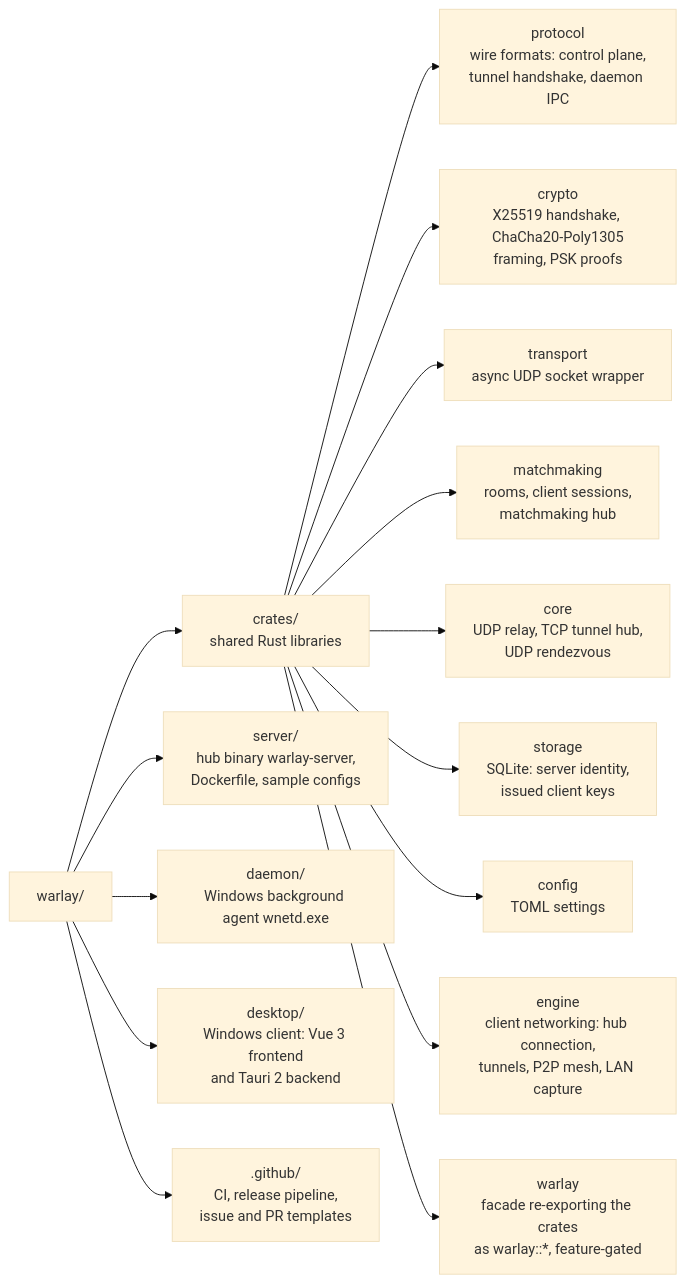
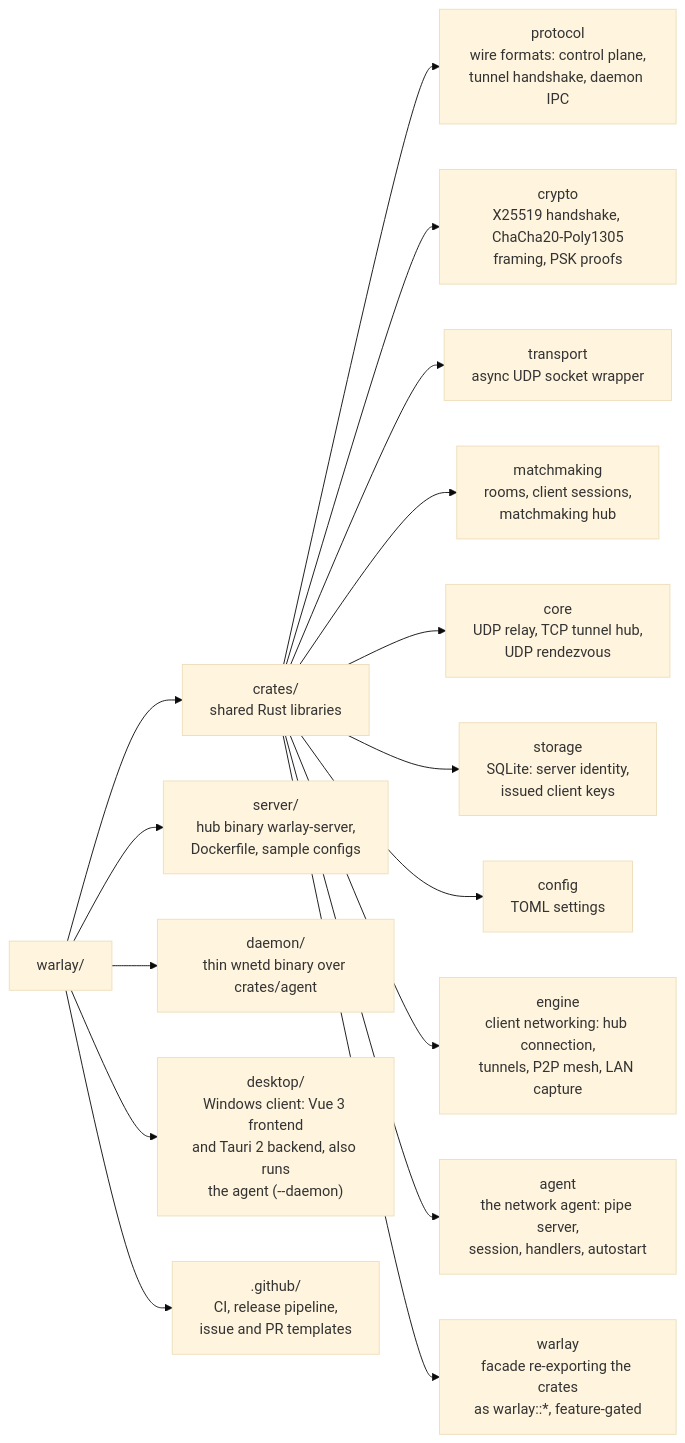
The second of 4 diagrams in README.md (jhonsferg/warlay), drawn with Mermaid (base theme) before and after one commit. The commit also changed other lines of this file and 11 other files, not shown here.

````diff
--- a/README.md
+++ b/README.md
@@ -171,20 +171,21 @@
 ```mermaid
 flowchart LR
     root["warlay/"]
 
     root --> crates["crates/<br/>shared Rust libraries"]
     crates --> protocol["protocol<br/>wire formats: control plane,<br/>tunnel handshake, daemon IPC"]
     crates --> crypto["crypto<br/>X25519 handshake, ChaCha20-Poly1305<br/>framing, PSK proofs"]
     crates --> transport["transport<br/>async UDP socket wrapper"]
     crates --> matchmaking["matchmaking<br/>rooms, client sessions,<br/>matchmaking hub"]
     crates --> core["core<br/>UDP relay, TCP tunnel hub,<br/>UDP rendezvous"]
     crates --> storage["storage<br/>SQLite: server identity,<br/>issued client keys"]
     crates --> config["config<br/>TOML settings"]
     crates --> engine["engine<br/>client networking: hub connection,<br/>tunnels, P2P mesh, LAN capture"]
+    crates --> agent["agent<br/>the network agent: pipe server,<br/>session, handlers, autostart"]
     crates --> facade["warlay<br/>facade re-exporting the crates<br/>as warlay::*, feature-gated"]
 
     root --> server["server/<br/>hub binary warlay-server,<br/>Dockerfile, sample configs"]
-    root --> daemon["daemon/<br/>Windows background agent wnetd.exe"]
-    root --> desktop["desktop/<br/>Windows client: Vue 3 frontend<br/>and Tauri 2 backend"]
+    root --> daemon["daemon/<br/>thin wnetd binary over crates/agent"]
+    root --> desktop["desktop/<br/>Windows client: Vue 3 frontend<br/>and Tauri 2 backend, also runs<br/>the agent (--daemon)"]
     root --> github[".github/<br/>CI, release pipeline,<br/>issue and PR templates"]
 ```
````
